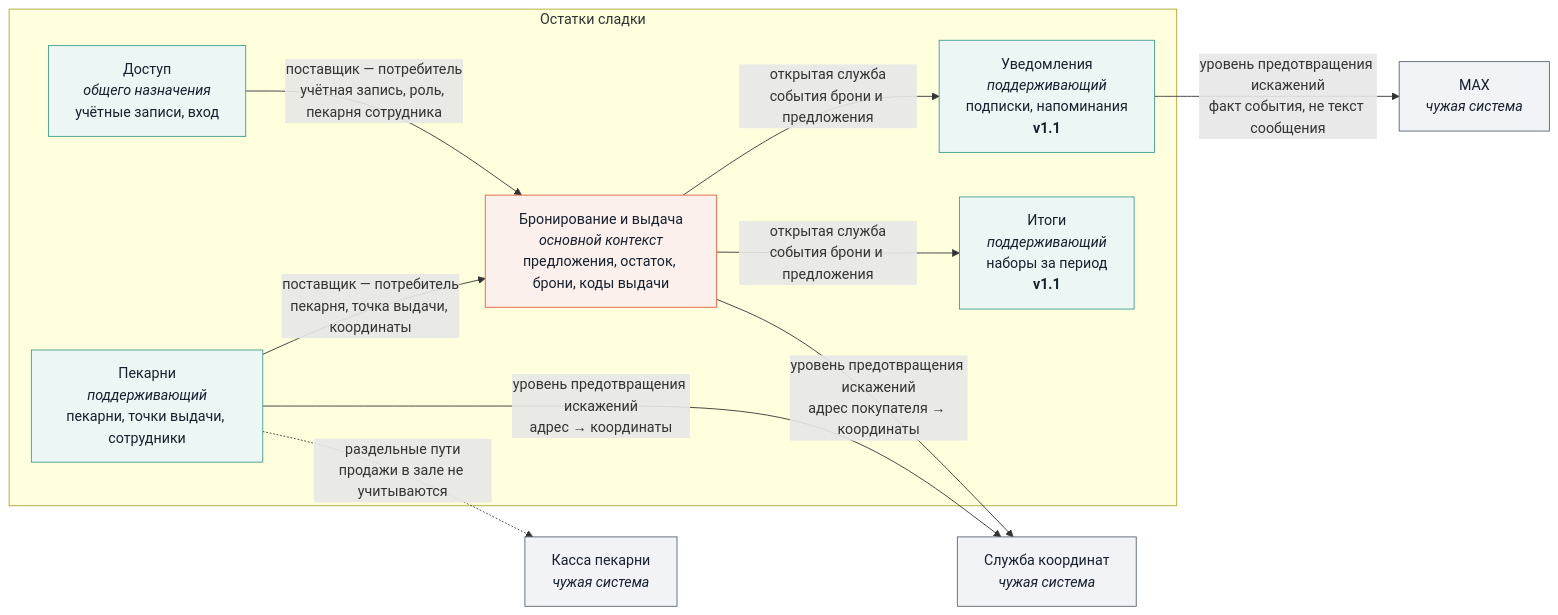
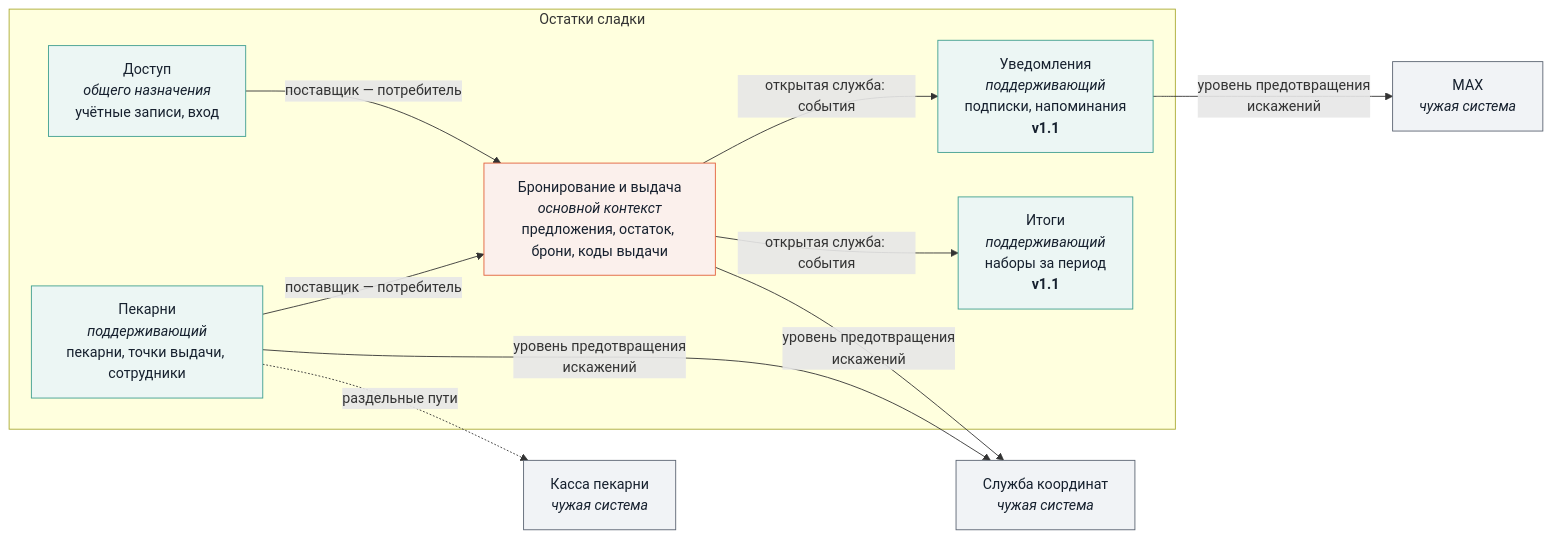
Before and after one commit to candycreep/ostatki-sladki: the diagram in docs/domain/context-map.mmd, drawn with Mermaid. The commit also changed 6 other files, not shown here.

First line of the commit message:
SCRUM-39: уровень компонентов C4 для сервиса API, правка карты контекстов и сценария брони

```diff
--- a/docs/domain/context-map.mmd
+++ b/docs/domain/context-map.mmd
@@ -1,28 +1,30 @@
+%% Карта контекстов. Подписи на стрелках — только вид связи, чтобы карта читалась в любом просмотрщике.
+%% Что передаётся по каждой связи и почему выбран такой вид — таблица «Связи контекстов» в docs/domain/event-storming.md
 flowchart LR
     subgraph own["Остатки сладки"]
         booking["Бронирование и выдача<br/><i>основной контекст</i><br/>предложения, остаток, брони, коды выдачи"]
         bakeries["Пекарни<br/><i>поддерживающий</i><br/>пекарни, точки выдачи, сотрудники"]
         access["Доступ<br/><i>общего назначения</i><br/>учётные записи, вход"]
         notify["Уведомления<br/><i>поддерживающий</i><br/>подписки, напоминания<br/><b>v1.1</b>"]
         totals["Итоги<br/><i>поддерживающий</i><br/>наборы за период<br/><b>v1.1</b>"]
     end
 
     geo["Служба координат<br/><i>чужая система</i>"]
     max["MAX<br/><i>чужая система</i>"]
     pos["Касса пекарни<br/><i>чужая система</i>"]
 
-    bakeries -->|"поставщик — потребитель<br/>пекарня, точка выдачи, координаты"| booking
-    access -->|"поставщик — потребитель<br/>учётная запись, роль, пекарня сотрудника"| booking
-    booking -->|"открытая служба<br/>события брони и предложения"| notify
-    booking -->|"открытая служба<br/>события брони и предложения"| totals
-    bakeries -->|"уровень предотвращения искажений<br/>адрес → координаты"| geo
-    booking -->|"уровень предотвращения искажений<br/>адрес покупателя → координаты"| geo
-    notify -->|"уровень предотвращения искажений<br/>факт события, не текст сообщения"| max
-    bakeries -.->|"раздельные пути<br/>продажи в зале не учитываются"| pos
+    bakeries -->|"поставщик — потребитель"| booking
+    access -->|"поставщик — потребитель"| booking
+    booking -->|"открытая служба: события"| notify
+    booking -->|"открытая служба: события"| totals
+    bakeries -->|"уровень предотвращения<br/>искажений"| geo
+    booking -->|"уровень предотвращения<br/>искажений"| geo
+    notify -->|"уровень предотвращения<br/>искажений"| max
+    bakeries -.->|"раздельные пути"| pos
 
     classDef core fill:#FBF0EC,stroke:#E2603A,color:#16202E
     classDef sup fill:#ECF6F4,stroke:#3E9E8F,color:#16202E
     classDef ext fill:#F1F3F6,stroke:#5B6472,color:#16202E
     class booking core
     class bakeries,access,notify,totals sup
     class geo,max,pos ext
```
